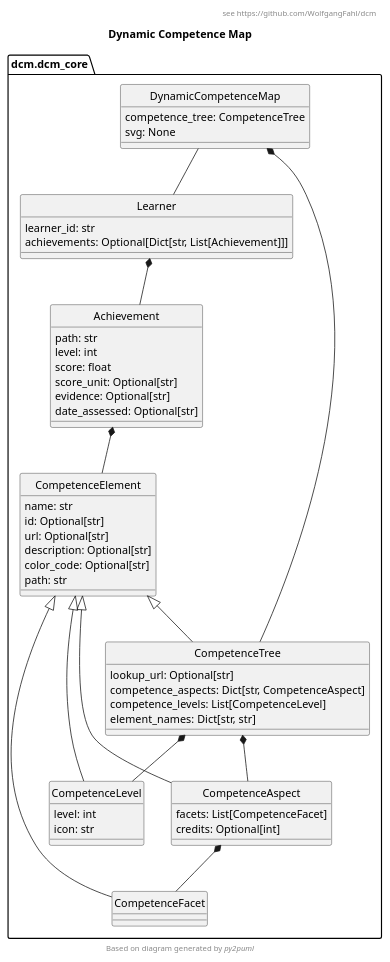
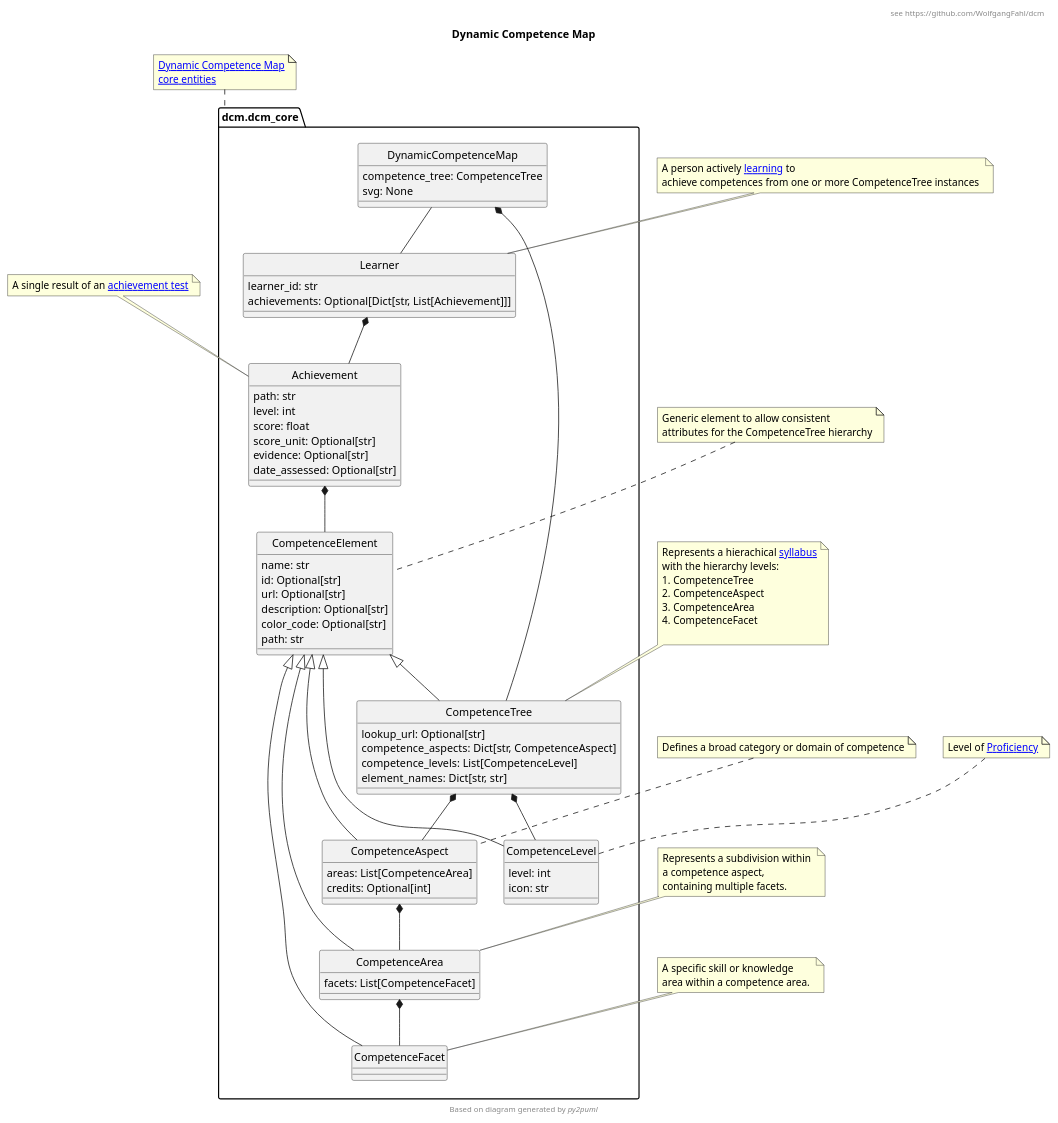
Before and after one commit to WolfgangFahl/dcm: the diagram in dcm.puml, drawn with PlantUML. The commit also changed 20 other files, not shown here.

```diff
--- a/dcm.puml
+++ b/dcm.puml
@@ -1,62 +1,113 @@
 @startuml
 hide circle
 title Dynamic Competence Map
 header see https://github.com/WolfgangFahl/dcm
 !pragma useIntermediatePackages false
-
 
 class dcm.dcm_core.DynamicCompetenceMap {
   competence_tree: CompetenceTree
   svg: None
 }
 class dcm.dcm_core.Achievement {
   path: str
   level: int
   score: float
   score_unit: Optional[str]
   evidence: Optional[str]
   date_assessed: Optional[str]
 }
+note top of Achievement
+A single result of an [[https://en.wikipedia.org/wiki/Achievement_test achievement test]]
+end note
+
 class dcm.dcm_core.CompetenceAspect {
+  areas: List[CompetenceArea]
+  credits: Optional[int]
+}
+class dcm.dcm_core.CompetenceArea {
   facets: List[CompetenceFacet]
-  credits: Optional[int]
 }
 class dcm.dcm_core.CompetenceElement {
   name: str
   id: Optional[str]
   url: Optional[str]
   description: Optional[str]
   color_code: Optional[str]
   path: str 
 }
+
 class dcm.dcm_core.CompetenceFacet {
 }
 class dcm.dcm_core.CompetenceLevel {
   level: int
   icon: str
 }
+
 class dcm.dcm_core.CompetenceTree {
   lookup_url: Optional[str]
   competence_aspects: Dict[str, CompetenceAspect]
   competence_levels: List[CompetenceLevel]
   element_names: Dict[str, str]
 }
+note top of CompetenceElement
+Generic element to allow consistent
+attributes for the CompetenceTree hierarchy
+end note
+
+note top of CompetenceAspect
+Defines a broad category or domain of competence
+end note
+
+note top of CompetenceArea
+Represents a subdivision within 
+a competence aspect, 
+containing multiple facets. 
+end note
+
+note top of CompetenceFacet
+A specific skill or knowledge 
+area within a competence area. 
+end note
+
+note top of CompetenceLevel
+Level of [[https://en.wikipedia.org/wiki/Expert Proficiency]]
+end note
+
+note top of CompetenceTree
+Represents a hierachical [[https://en.wikipedia.org/wiki/Syllabus syllabus]]
+with the hierarchy levels:
+# CompetenceTree
+# CompetenceAspect
+# CompetenceArea
+# CompetenceFacet
+
+end note
 
 class dcm.dcm_core.Learner {
   learner_id: str
   achievements: Optional[Dict[str, List[Achievement]]]
 }
+note top of Learner
+A person actively [[https://en.wikipedia.org/wiki/Learning learning]] to 
+achieve competences from one or more CompetenceTree instances 
+end note
+
+note top of dcm.dcm_core
+[[https://github.com/WolfgangFahl/dcm/blob/main/dcm/dcm_core.py Dynamic Competence Map\ncore entities]]
+end note
 
 dcm.dcm_core.DynamicCompetenceMap *-- dcm.dcm_core.CompetenceTree
 dcm.dcm_core.DynamicCompetenceMap -- dcm.dcm_core.Learner
-dcm.dcm_core.CompetenceAspect *-- dcm.dcm_core.CompetenceFacet
+dcm.dcm_core.CompetenceAspect *-- dcm.dcm_core.CompetenceArea
+dcm.dcm_core.CompetenceArea *-- dcm.dcm_core.CompetenceFacet
 dcm.dcm_core.CompetenceElement <|-- dcm.dcm_core.CompetenceAspect
+dcm.dcm_core.CompetenceElement <|-- dcm.dcm_core.CompetenceArea
 dcm.dcm_core.CompetenceElement <|-- dcm.dcm_core.CompetenceFacet
 dcm.dcm_core.CompetenceElement <|-- dcm.dcm_core.CompetenceLevel
 dcm.dcm_core.CompetenceTree *-- dcm.dcm_core.CompetenceAspect
 dcm.dcm_core.CompetenceTree *-- dcm.dcm_core.CompetenceLevel
 dcm.dcm_core.CompetenceElement <|-- dcm.dcm_core.CompetenceTree
 dcm.dcm_core.Learner *-- dcm.dcm_core.Achievement
 dcm.dcm_core.Achievement *-- dcm.dcm_core.CompetenceElement
 footer Based on diagram generated by //py2puml//
 @enduml
```
